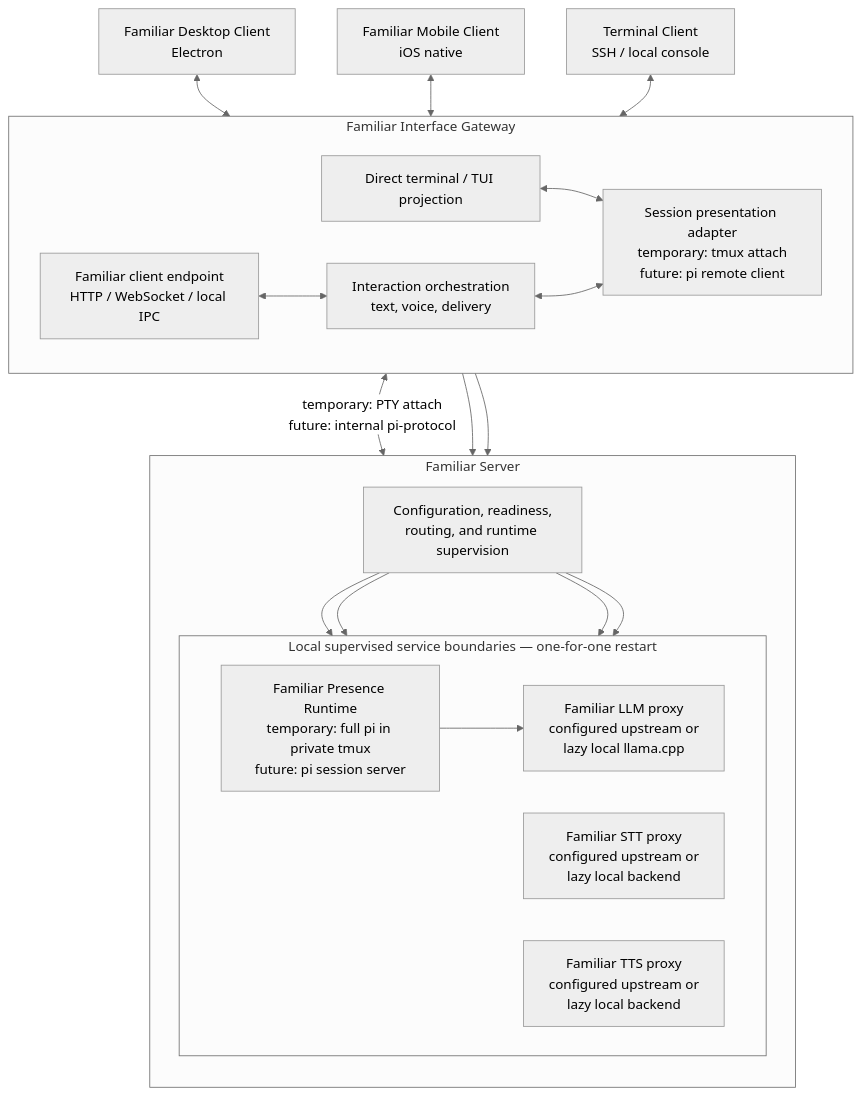
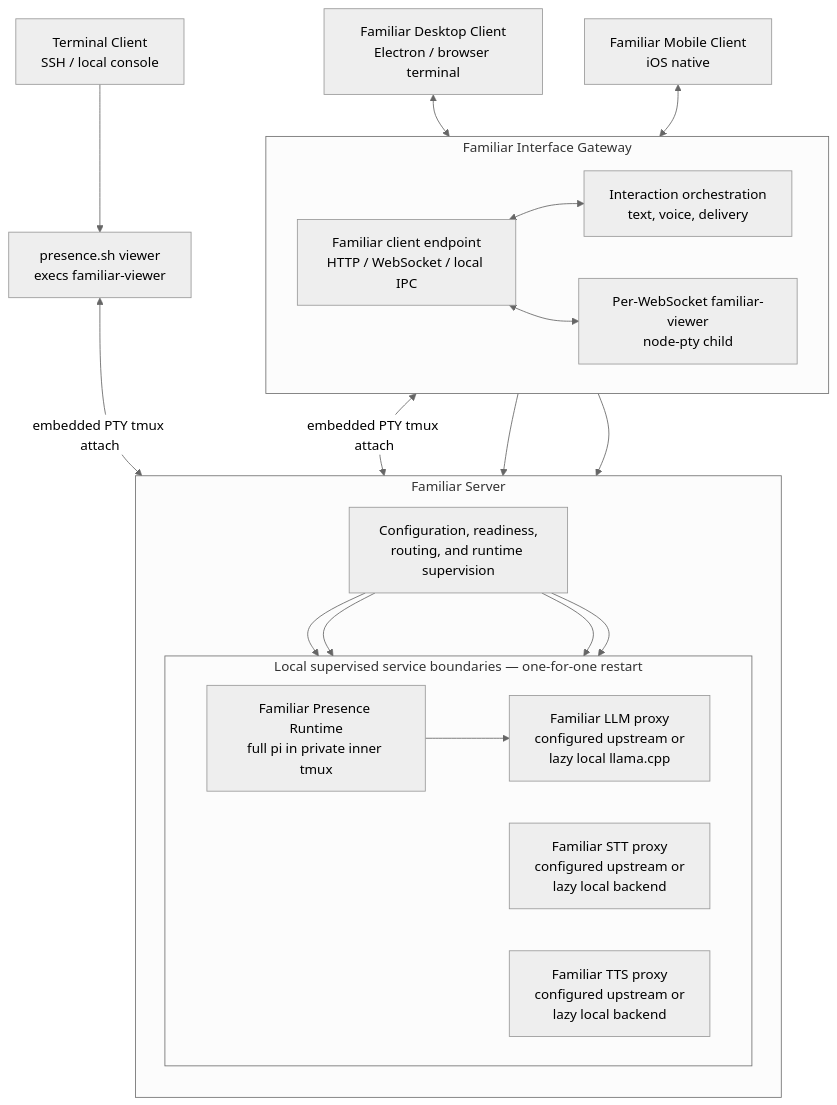
Before and after one commit to gisikw/familiar: the diagram in docs/ARCHITECTURE.md, drawn with Mermaid (neutral theme). The commit also changed other lines of this file and 2 other files, not shown here.

Commit message:
docs: describe per-client native viewer architecture

````diff
--- a/docs/ARCHITECTURE.md
+++ b/docs/ARCHITECTURE.md
@@ -13,43 +14,44 @@
 ```mermaid
 flowchart TB
-    desktop["Familiar Desktop Client<br/>Electron"]
+    desktop["Familiar Desktop Client<br/>Electron / browser terminal"]
     mobile["Familiar Mobile Client<br/>iOS native"]
     ssh["Terminal Client<br/>SSH / local console"]
 
     subgraph interface["Familiar Interface Gateway"]
         direction LR
         ingress["Familiar client endpoint<br/>HTTP / WebSocket / local IPC"]
         interaction["Interaction orchestration<br/>text, voice, delivery"]
-        sessionView["Session presentation adapter<br/>temporary: tmux attach<br/>future: pi remote client"]
-        terminal["Direct terminal / TUI projection"]
+        browserViewer["Per-WebSocket familiar-viewer<br/>node-pty child"]
     end
+
+    sshEntry["presence.sh viewer<br/>execs familiar-viewer"]
 
     subgraph server["Familiar Server"]
         direction TB
         supervisor["Configuration, readiness,<br/>routing, and runtime supervision"]
 
         subgraph services["Local supervised service boundaries — one-for-one restart"]
             direction LR
-            presence["Familiar Presence Runtime<br/>temporary: full pi in private tmux<br/>future: pi session server"]
+            presence["Familiar Presence Runtime<br/>full pi in private inner tmux"]
             llm["Familiar LLM proxy<br/>configured upstream or<br/>lazy local llama.cpp"]
             stt["Familiar STT proxy<br/>configured upstream or<br/>lazy local backend"]
             tts["Familiar TTS proxy<br/>configured upstream or<br/>lazy local backend"]
         end
     end
 
     desktop <--> ingress
     mobile <--> ingress
-    ssh <--> terminal
+    ssh --> sshEntry
 
     ingress <--> interaction
-    terminal <--> sessionView
-    interaction <--> sessionView
-    sessionView <-->|"temporary: PTY attach<br/>future: internal pi-protocol"| presence
+    ingress <--> browserViewer
+    browserViewer <-->|"embedded PTY tmux attach"| presence
+    sshEntry <-->|"embedded PTY tmux attach"| presence
     interaction --> stt
     interaction --> tts
     presence --> llm
     supervisor --> presence
     supervisor --> llm
     supervisor --> stt
     supervisor --> tts
 ```
````
